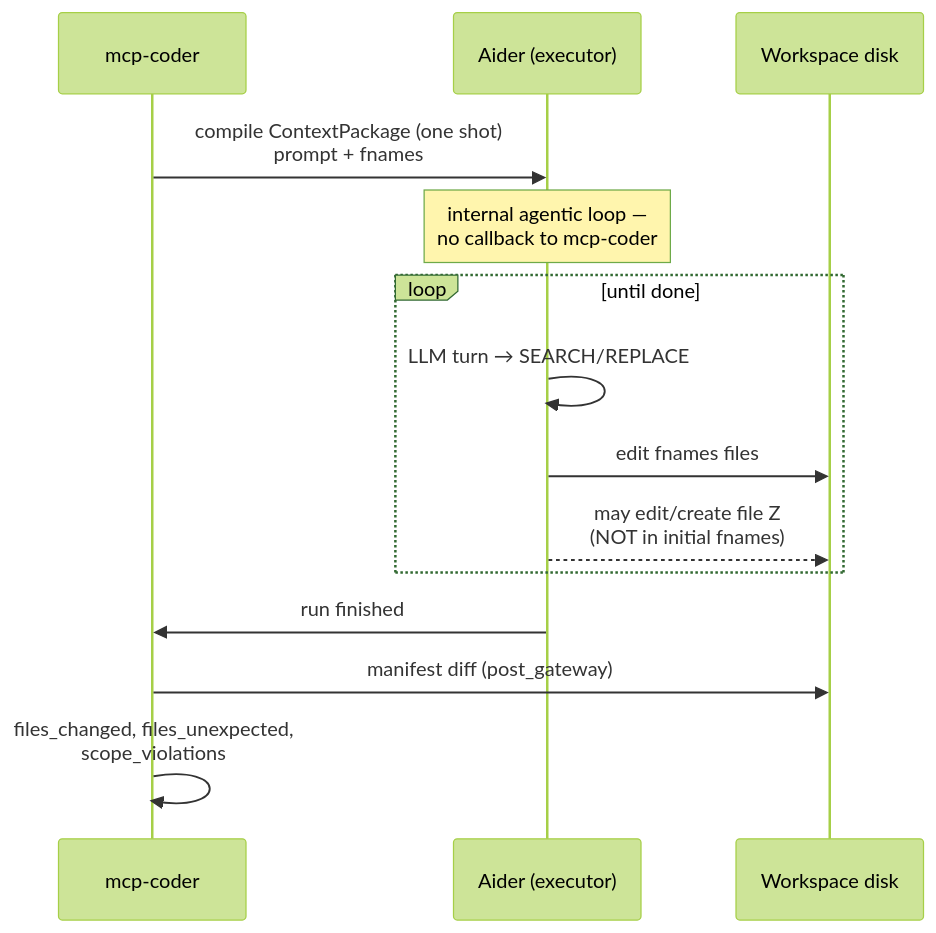
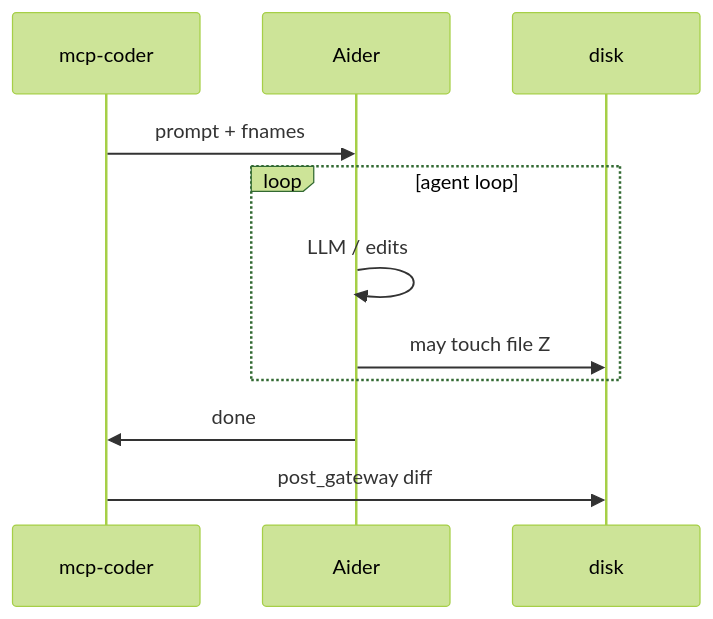
The fourth of 7 diagrams in docs/guide/tutorials/04-context-compiler.md (amirharati/mcp_coder), drawn with Mermaid (forest theme) before and after one commit. The commit also changed other lines of this file, not shown here.

First line of the commit message:
docs(guide): compact T-04 mermaid diagrams

````diff
--- a/docs/guide/tutorials/04-context-compiler.md
+++ b/docs/guide/tutorials/04-context-compiler.md
@@ -336,17 +320,13 @@
 ```mermaid
 sequenceDiagram
     participant M as mcp-coder
-    participant A as Aider (executor)
-    participant D as Workspace disk
-
-    M->>A: compile ContextPackage (one shot)<br/>prompt + fnames
-    Note over A: internal agentic loop —<br/>no callback to mcp-coder
-    loop until done
-        A->>A: LLM turn → SEARCH/REPLACE
-        A->>D: edit fnames files
-        A-->>D: may edit/create file Z<br/>(NOT in initial fnames)
+    participant A as Aider
+    participant D as disk
+    M->>A: prompt + fnames
+    loop agent loop
+        A->>A: LLM / edits
+        A->>D: may touch file Z
     end
-    A->>M: run finished
-    M->>D: manifest diff (post_gateway)
-    M->>M: files_changed, files_unexpected,<br/>scope_violations
+    A->>M: done
+    M->>D: post_gateway diff
 ```
````
